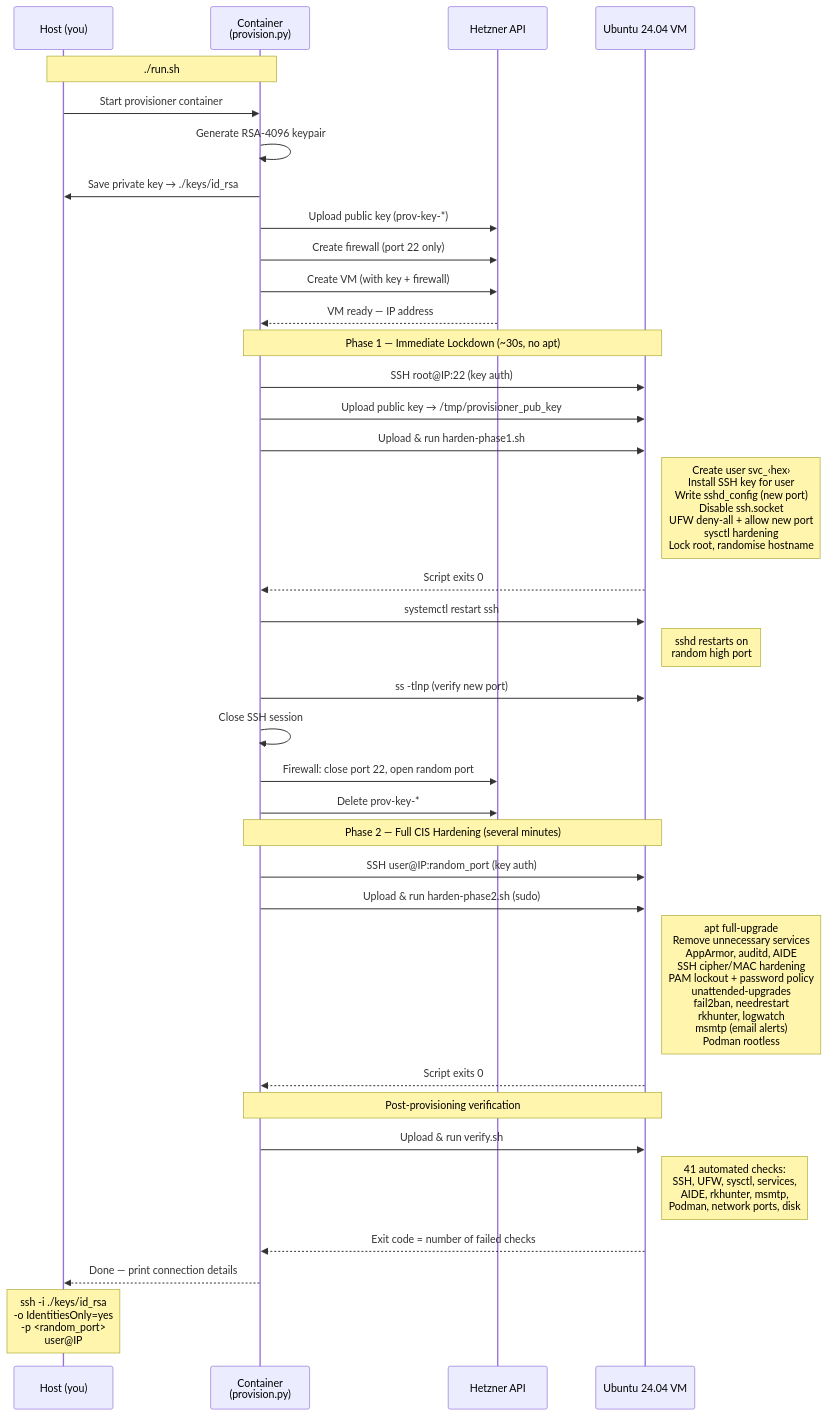
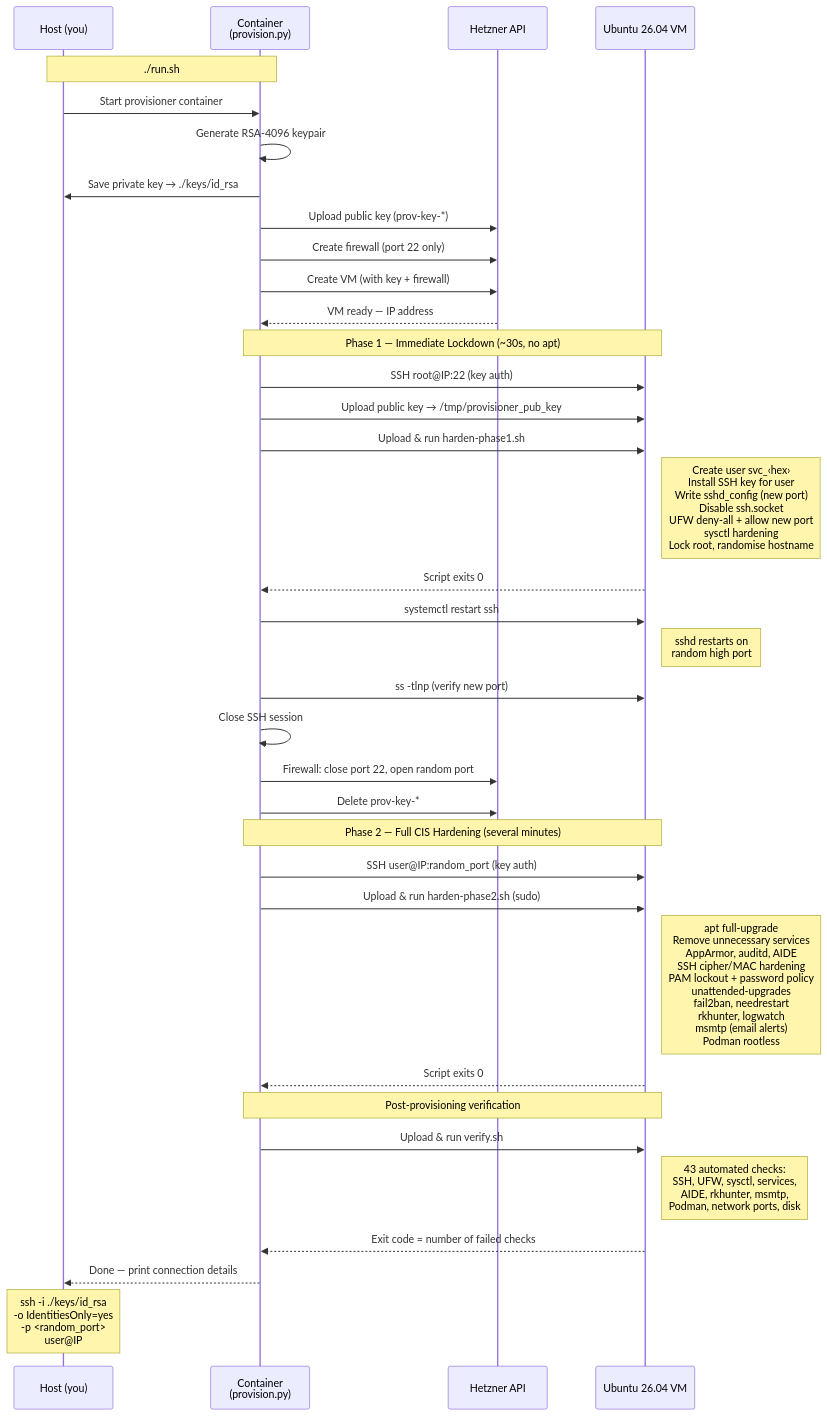
Before and after one commit to carlok/Ubuntu-Hardening: the first of 2 diagrams in README.md, drawn with Mermaid. The commit also changed other lines of this file and 6 other files, not shown here.

````diff
--- a/README.md
+++ b/README.md
@@ -71,45 +73,45 @@
 ```mermaid
 sequenceDiagram
     participant H as Host (you)
     participant C as Container<br/>(provision.py)
     participant API as Hetzner API
-    participant VM as Ubuntu 24.04 VM
+    participant VM as Ubuntu 26.04 VM
 
     Note over H,C: ./run.sh
 
     H->>C: Start provisioner container
     C->>C: Generate RSA-4096 keypair
     C->>H: Save private key → ./keys/id_rsa
     C->>API: Upload public key (prov-key-*)
     C->>API: Create firewall (port 22 only)
     C->>API: Create VM (with key + firewall)
     API-->>C: VM ready — IP address
 
     Note over C,VM: Phase 1 — Immediate Lockdown (~30s, no apt)
     C->>VM: SSH root@IP:22 (key auth)
     C->>VM: Upload public key → /tmp/provisioner_pub_key
     C->>VM: Upload & run harden-phase1.sh
     Note right of VM: Create user svc_‹hex›<br/>Install SSH key for user<br/>Write sshd_config (new port)<br/>Disable ssh.socket<br/>UFW deny-all + allow new port<br/>sysctl hardening<br/>Lock root, randomise hostname
     VM-->>C: Script exits 0
     C->>VM: systemctl restart ssh
     Note right of VM: sshd restarts on<br/>random high port
     C->>VM: ss -tlnp (verify new port)
     C->>C: Close SSH session
 
     C->>API: Firewall: close port 22, open random port
     C->>API: Delete prov-key-*
 
     Note over C,VM: Phase 2 — Full CIS Hardening (several minutes)
     C->>VM: SSH user@IP:random_port (key auth)
     C->>VM: Upload & run harden-phase2.sh (sudo)
     Note right of VM: apt full-upgrade<br/>Remove unnecessary services<br/>AppArmor, auditd, AIDE<br/>SSH cipher/MAC hardening<br/>PAM lockout + password policy<br/>unattended-upgrades<br/>fail2ban, needrestart<br/>rkhunter, logwatch<br/>msmtp (email alerts)<br/>Podman rootless
     VM-->>C: Script exits 0
 
     Note over C,VM: Post-provisioning verification
     C->>VM: Upload & run verify.sh
-    Note right of VM: 41 automated checks:<br/>SSH, UFW, sysctl, services,<br/>AIDE, rkhunter, msmtp,<br/>Podman, network ports, disk
+    Note right of VM: 43 automated checks:<br/>SSH, UFW, sysctl, services,<br/>AIDE, rkhunter, msmtp,<br/>Podman, network ports, disk
     VM-->>C: Exit code = number of failed checks
 
     C-->>H: Done — print connection details
     Note over H: ssh -i ./keys/id_rsa<br/>-o IdentitiesOnly=yes<br/>-p <random_port><br/>user@IP
 ```
````
